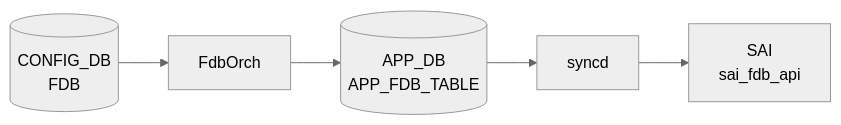
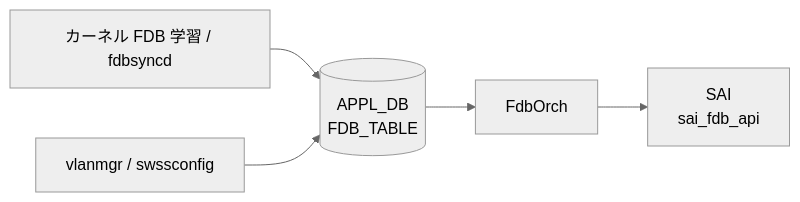
The first of 3 diagrams in docs/reference/config-db/appl-fdb.md (aoki-taquan/sonic-unofficial-docs), drawn with Mermaid (neutral theme) before and after one commit. The commit also changed other lines of this file, not shown here.

Commit message:
fix(review-067): correct appl-fdb.md auto-generated mermaid (reapply)
Linter reverted the appl-fdb.md change; reapply the flow direction fix.

````diff
--- a/docs/reference/config-db/appl-fdb.md
+++ b/docs/reference/config-db/appl-fdb.md
@@ -44,12 +44,11 @@
 ```mermaid
 flowchart LR
-  CDB[("CONFIG_DB<br/>FDB")]
+  KERN["カーネル FDB 学習 / fdbsyncd"]
+  VLAN["vlanmgr / swssconfig"]
+  APPDB[("APPL_DB<br/>FDB_TABLE")]
   DM["FdbOrch"]
-  CDB --> DM
-  APPDB[("APP_DB<br/>APP_FDB_TABLE")]
-  DM --> APPDB
-  SYNCD["syncd"]
-  APPDB --> SYNCD
   SAI["SAI<br/>sai_fdb_api"]
-  SYNCD --> SAI
+  KERN --> APPDB
+  VLAN --> APPDB
+  APPDB --> DM --> SAI
 ```
````
